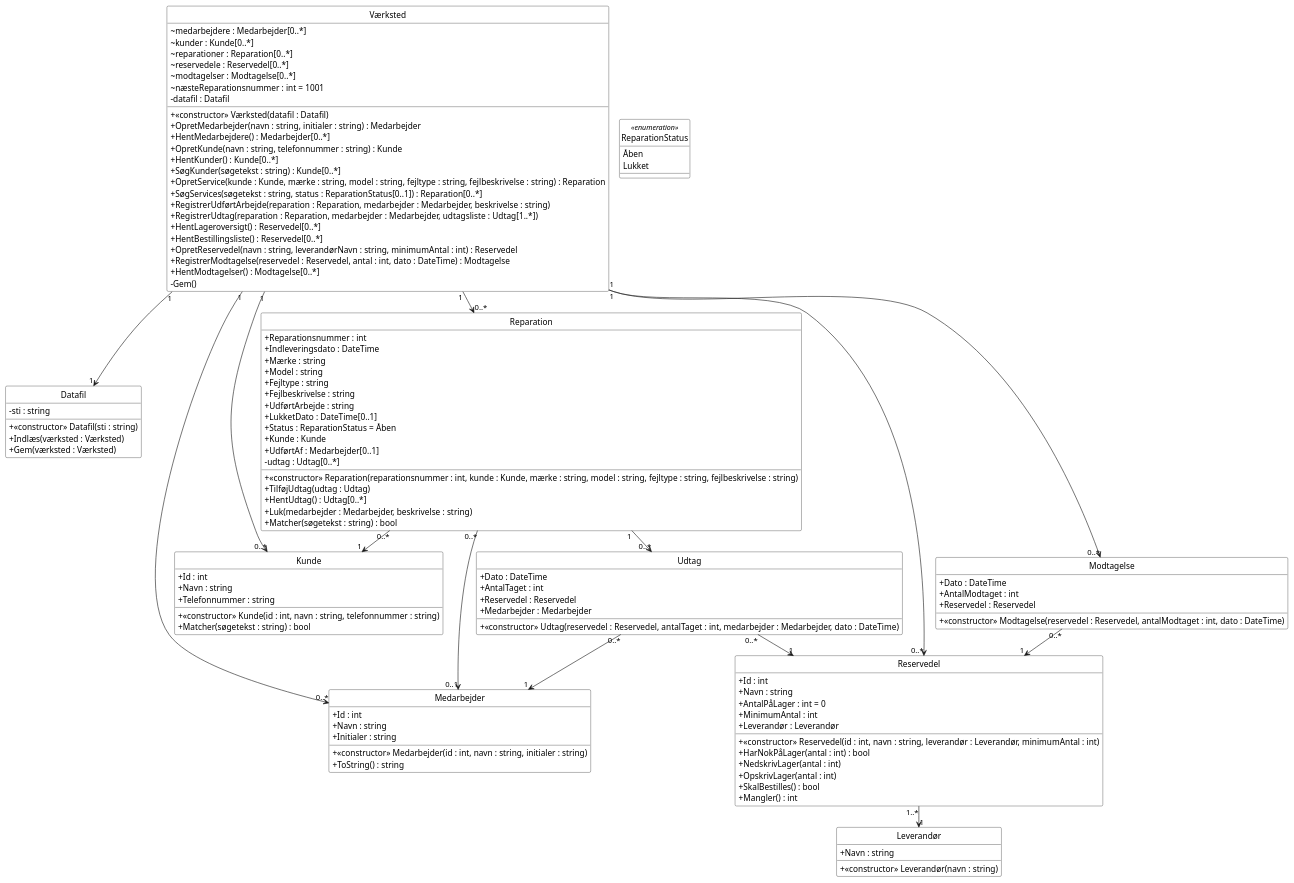
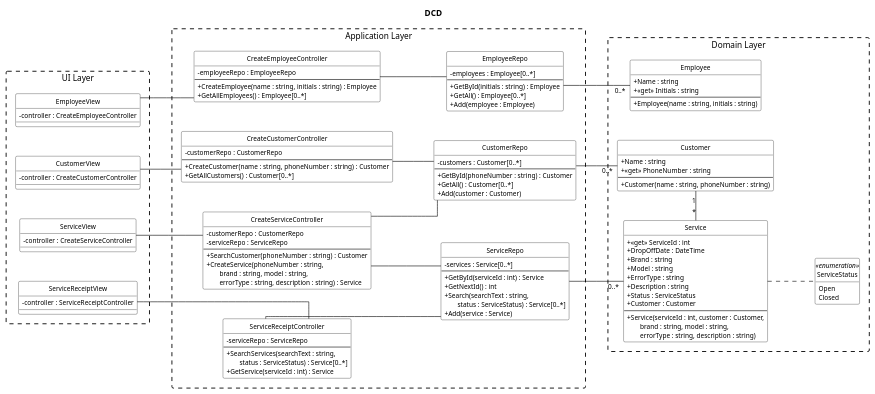
One commit to Zoabz/Getting-Real changed the diagram in 7. Design Class Diagram/designklassediagram.puml. Above: the diagram before and after it, drawn with PlantUML. The commit also changed 48 other files, not shown here.

```diff
--- a/7. Design Class Diagram/designklassediagram.puml
+++ b/7. Design Class Diagram/designklassediagram.puml
@@ -1,136 +1,177 @@
 @startuml
-' Samme design som designklassediagram.png / designklassediagram.drawio
-' smetana = PlantUML's indbyggede layout, så Graphviz ikke er nødvendig
-!pragma layout smetana
-skinparam monochrome true
+' Designklassediagram (DCD) – Vekto, UC1–UC4
+' Stil som undervisningens lagdelte DCD'er (Pr19 Disaheim og Pr20 BookMeeting):
+' UI Layer -> Application Layer (use case controllers + repositories) -> Domain Layer.
+' Hver besked i sekvensdiagrammerne ("6. Sekvens Diagrammer") er en operation i modtagerens klasse.
+
+left to right direction
+skinparam linetype ortho
+skinparam nodesep 50
+skinparam ranksep 70
 skinparam shadowing false
 skinparam backgroundColor white
+skinparam defaultFontName Arial
+skinparam defaultFontSize 11
 skinparam classAttributeIconSize 0
+skinparam packageStyle rectangle
+skinparam package {
+  BorderStyle dashed
+  BorderColor black
+  BackgroundColor white
+  FontStyle plain
+  FontSize 14
+}
 skinparam class {
   BackgroundColor white
   BorderColor black
+  ArrowColor black
+  FontStyle plain
+  StereotypeFontSize 11
 }
 hide circle
+hide <<enumeration>> methods
 
-class Værksted {
-  ~medarbejdere : Medarbejder[0..*]
-  ~kunder : Kunde[0..*]
-  ~reparationer : Reparation[0..*]
-  ~reservedele : Reservedel[0..*]
-  ~modtagelser : Modtagelse[0..*]
-  ~næsteReparationsnummer : int = 1001
-  -datafil : Datafil
-  +«constructor» Værksted(datafil : Datafil)
-  +OpretMedarbejder(navn : string, initialer : string) : Medarbejder
-  +HentMedarbejdere() : Medarbejder[0..*]
-  +OpretKunde(navn : string, telefonnummer : string) : Kunde
-  +HentKunder() : Kunde[0..*]
-  +SøgKunder(søgetekst : string) : Kunde[0..*]
-  +OpretService(kunde : Kunde, mærke : string, model : string, fejltype : string, fejlbeskrivelse : string) : Reparation
-  +SøgServices(søgetekst : string, status : ReparationStatus[0..1]) : Reparation[0..*]
-  +RegistrerUdførtArbejde(reparation : Reparation, medarbejder : Medarbejder, beskrivelse : string)
-  +RegistrerUdtag(reparation : Reparation, medarbejder : Medarbejder, udtagsliste : Udtag[1..*])
-  +HentLageroversigt() : Reservedel[0..*]
-  +HentBestillingsliste() : Reservedel[0..*]
-  +OpretReservedel(navn : string, leverandørNavn : string, minimumAntal : int) : Reservedel
-  +RegistrerModtagelse(reservedel : Reservedel, antal : int, dato : DateTime) : Modtagelse
-  +HentModtagelser() : Modtagelse[0..*]
-  -Gem()
+title DCD
+
+' =====================================================================
+package "UI Layer" {
+
+  class EmployeeView {
+    - controller : CreateEmployeeController
+  }
+
+  class CustomerView {
+    - controller : CreateCustomerController
+  }
+
+  class ServiceView {
+    - controller : CreateServiceController
+  }
+
+  class ServiceReceiptView {
+    - controller : ServiceReceiptController
+  }
 }
 
-class Datafil {
-  -sti : string
-  +«constructor» Datafil(sti : string)
-  +Indlæs(værksted : Værksted)
-  +Gem(værksted : Værksted)
+' =====================================================================
+package "Application Layer" {
+
+  class CreateEmployeeController {
+    - employeeRepo : EmployeeRepo
+    --
+    + CreateEmployee(name : string, initials : string) : Employee
+    + GetAllEmployees() : Employee[0..*]
+  }
+
+  class CreateCustomerController {
+    - customerRepo : CustomerRepo
+    --
+    + CreateCustomer(name : string, phoneNumber : string) : Customer
+    + GetAllCustomers() : Customer[0..*]
+  }
+
+  class CreateServiceController {
+    - customerRepo : CustomerRepo
+    - serviceRepo : ServiceRepo
+    --
+    + SearchCustomer(phoneNumber : string) : Customer
+    + CreateService(phoneNumber : string,
+    <U+2003><U+2003>brand : string, model : string,
+    <U+2003><U+2003>errorType : string, description : string) : Service
+  }
+
+  class ServiceReceiptController {
+    - serviceRepo : ServiceRepo
+    --
+    + SearchServices(searchText : string,
+    <U+2003><U+2003>status : ServiceStatus) : Service[0..*]
+    + GetService(serviceId : int) : Service
+  }
+
+  class EmployeeRepo {
+    - employees : Employee[0..*]
+    --
+    + GetById(initials : string) : Employee
+    + GetAll() : Employee[0..*]
+    + Add(employee : Employee)
+  }
+
+  class CustomerRepo {
+    - customers : Customer[0..*]
+    --
+    + GetById(phoneNumber : string) : Customer
+    + GetAll() : Customer[0..*]
+    + Add(customer : Customer)
+  }
+
+  class ServiceRepo {
+    - services : Service[0..*]
+    --
+    + GetById(serviceId : int) : Service
+    + GetNextId() : int
+    + Search(searchText : string,
+    <U+2003><U+2003>status : ServiceStatus) : Service[0..*]
+    + Add(service : Service)
+  }
 }
 
-class Kunde {
-  +Id : int
-  +Navn : string
-  +Telefonnummer : string
-  +«constructor» Kunde(id : int, navn : string, telefonnummer : string)
-  +Matcher(søgetekst : string) : bool
+' =====================================================================
+package "Domain Layer" {
+
+  class Employee {
+    + Name : string
+    + «get» Initials : string
+    --
+    + Employee(name : string, initials : string)
+  }
+
+  class Customer {
+    + Name : string
+    + «get» PhoneNumber : string
+    --
+    + Customer(name : string, phoneNumber : string)
+  }
+
+  class Service {
+    + «get» ServiceId : int
+    + DropOffDate : DateTime
+    + Brand : string
+    + Model : string
+    + ErrorType : string
+    + Description : string
+    + Status : ServiceStatus
+    + Customer : Customer
+    --
+    + Service(serviceId : int, customer : Customer,
+    <U+2003><U+2003>brand : string, model : string,
+    <U+2003><U+2003>errorType : string, description : string)
+  }
+
+  enum ServiceStatus <<enumeration>> {
+    Open
+    Closed
+  }
 }
 
-class Reparation {
-  +Reparationsnummer : int
-  +Indleveringsdato : DateTime
-  +Mærke : string
-  +Model : string
-  +Fejltype : string
-  +Fejlbeskrivelse : string
-  +UdførtArbejde : string
-  +LukketDato : DateTime[0..1]
-  +Status : ReparationStatus = Åben
-  +Kunde : Kunde
-  +UdførtAf : Medarbejder[0..1]
-  -udtag : Udtag[0..*]
-  +«constructor» Reparation(reparationsnummer : int, kunde : Kunde, mærke : string, model : string, fejltype : string, fejlbeskrivelse : string)
-  +TilføjUdtag(udtag : Udtag)
-  +HentUdtag() : Udtag[0..*]
-  +Luk(medarbejder : Medarbejder, beskrivelse : string)
-  +Matcher(søgetekst : string) : bool
-}
+' ---------- UI Layer -> controller ----------
+EmployeeView       -- CreateEmployeeController
+CustomerView       -- CreateCustomerController
+ServiceView        -- CreateServiceController
+ServiceReceiptView -- ServiceReceiptController
 
-class Medarbejder {
-  +Id : int
-  +Navn : string
-  +Initialer : string
-  +«constructor» Medarbejder(id : int, navn : string, initialer : string)
-  +ToString() : string
-}
+' ---------- Controller -> repository ----------
+CreateEmployeeController -- EmployeeRepo
+CreateCustomerController -- CustomerRepo
+CreateServiceController  -- CustomerRepo
+CreateServiceController  -- ServiceRepo
+ServiceReceiptController -- ServiceRepo
 
-class Udtag {
-  +Dato : DateTime
-  +AntalTaget : int
-  +Reservedel : Reservedel
-  +Medarbejder : Medarbejder
-  +«constructor» Udtag(reservedel : Reservedel, antalTaget : int, medarbejder : Medarbejder, dato : DateTime)
-}
+' ---------- Repository -> domæneklasse ----------
+EmployeeRepo -- "0..*" Employee
+CustomerRepo -- "0..*" Customer
+ServiceRepo  -- "0..*" Service
 
-class Reservedel {
-  +Id : int
-  +Navn : string
-  +AntalPåLager : int = 0
-  +MinimumAntal : int
-  +Leverandør : Leverandør
-  +«constructor» Reservedel(id : int, navn : string, leverandør : Leverandør, minimumAntal : int)
-  +HarNokPåLager(antal : int) : bool
-  +NedskrivLager(antal : int)
-  +OpskrivLager(antal : int)
-  +SkalBestilles() : bool
-  +Mangler() : int
-}
-
-class Leverandør {
-  +Navn : string
-  +«constructor» Leverandør(navn : string)
-}
-
-class Modtagelse {
-  +Dato : DateTime
-  +AntalModtaget : int
-  +Reservedel : Reservedel
-  +«constructor» Modtagelse(reservedel : Reservedel, antalModtaget : int, dato : DateTime)
-}
-
-enum ReparationStatus <<enumeration>> {
-  Åben
-  Lukket
-}
-
-Værksted "1" --> "0..*" Kunde
-Værksted "1" --> "0..*" Medarbejder
-Værksted "1" --> "0..*" Reparation
-Værksted "1" --> "0..*" Reservedel
-Værksted "1" --> "0..*" Modtagelse
-Værksted "1" --> "1" Datafil
-Reparation "0..*" --> "1" Kunde
-Reparation "0..*" --> "0..1" Medarbejder
-Reparation "1" --> "0..*" Udtag
-Udtag "0..*" --> "1" Medarbejder
-Udtag "0..*" --> "1" Reservedel
-Reservedel "1..*" --> "1" Leverandør
-Modtagelse "0..*" --> "1" Reservedel
+' ---------- Domænerelationer ----------
+Customer "1" -[norank]- "*" Service
+Service .. ServiceStatus
 @enduml
```
